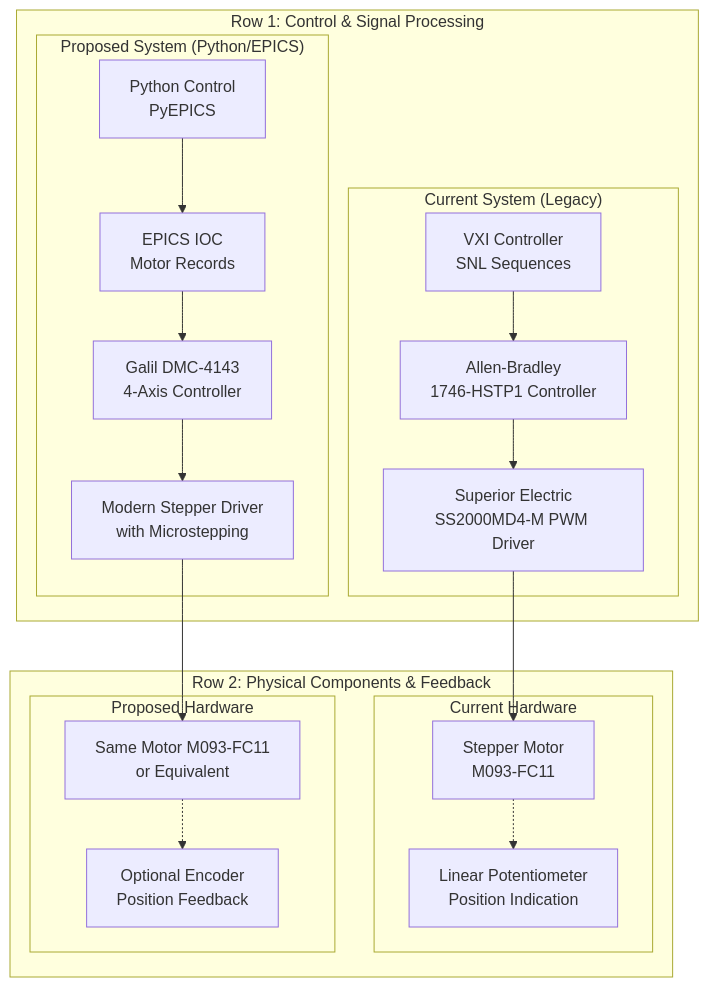
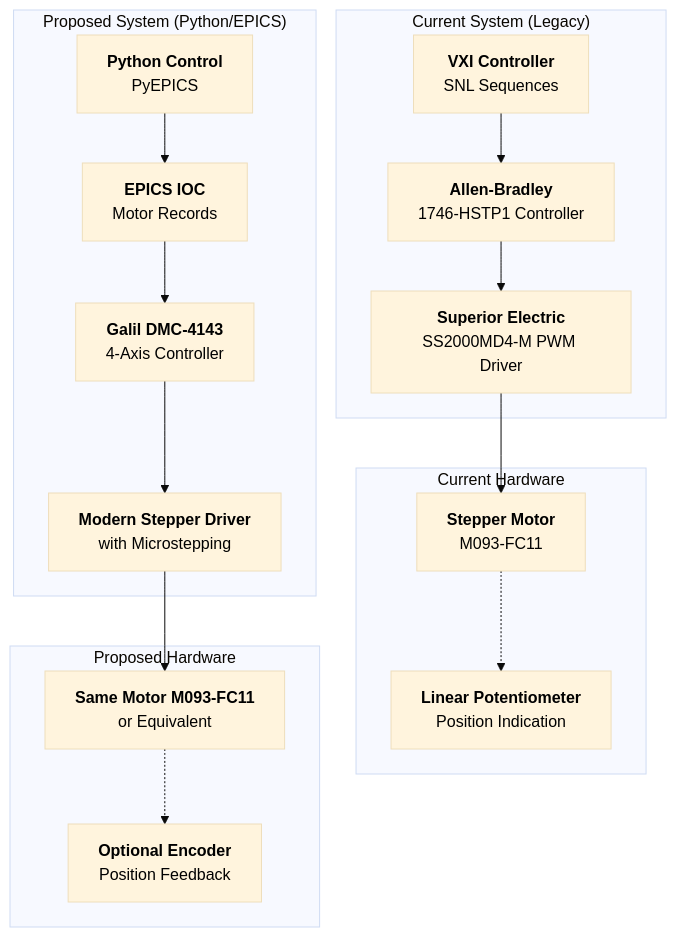
One commit to fayaw/spearlegacyLLRF changed the ninth of 18 diagrams in SPEAR3_LLRF_COMPREHENSIVE_ANALYSIS.md. Above: the diagram before and after it, drawn with Mermaid. The commit also changed other lines of this file, not shown here.

Commit message:
Enhance diagram readability: larger fonts, better formatting, fix title blocking
- Added 16px font sizing to all flowchart diagrams via Mermaid initialization
- Added 14px font sizing to sequence and Gantt diagrams for optimal readability
- Applied bold formatting to all component names using HTML <b> tags
- Added line breaks to separate technical specifications from component names
- Fixed Stepper Motor Control System diagram title blocking issue by removing nested row subgraphs
- Updated Commissioning Timeline to use duration-based months (Month 1-6) instead of absolute dates
- Established 6-month total commissioning duration as requested
- Maintained all technical connections and relationships while improving visual clarity

````diff
--- a/SPEAR3_LLRF_COMPREHENSIVE_ANALYSIS.md
+++ b/SPEAR3_LLRF_COMPREHENSIVE_ANALYSIS.md
@@ -435,42 +436,41 @@
 ```mermaid
+%%{init: {'theme':'base', 'themeVariables': {'fontSize': '16px', 'fontFamily': 'Arial', 'primaryTextColor': '#000000'}}}%%
 graph TB
- subgraph "Row 1: Control & Signal Processing"
-  subgraph "Current System (Legacy)"
-  VXI_Old[VXI Controller<br/>SNL Sequences]
-  AB_Controller[Allen-Bradley<br/>1746-HSTP1 Controller]
-  PWM_Driver[Superior Electric<br/>SS2000MD4-M PWM Driver]
-  end
-  
-  subgraph "Proposed System (Python/EPICS)"
-  Python_Control[Python Control<br/>PyEPICS]
-  EPICS_IOC[EPICS IOC<br/>Motor Records]
-  Galil[Galil DMC-4143<br/>4-Axis Controller]
-  Modern_Driver[Modern Stepper Driver<br/>with Microstepping]
-  end
+ %% Control & Signal Processing Layer
+ subgraph "Current System (Legacy)"
+ VXI_Old["<b>VXI Controller</b><br/>SNL Sequences"]
+ AB_Controller["<b>Allen-Bradley</b><br/>1746-HSTP1 Controller"]
+ PWM_Driver["<b>Superior Electric</b><br/>SS2000MD4-M PWM Driver"]
  end
  
- subgraph "Row 2: Physical Components & Feedback"
-  subgraph "Current Hardware"
-  Motor_Old[Stepper Motor<br/>M093-FC11]
-  Pot[Linear Potentiometer<br/>Position Indication]
-  end
-  
-  subgraph "Proposed Hardware"
-  Motor_New[Same Motor M093-FC11<br/>or Equivalent]
-  Encoder[Optional Encoder<br/>Position Feedback]
-  end
+ subgraph "Proposed System (Python/EPICS)"
+ Python_Control["<b>Python Control</b><br/>PyEPICS"]
+ EPICS_IOC["<b>EPICS IOC</b><br/>Motor Records"]
+ Galil["<b>Galil DMC-4143</b><br/>4-Axis Controller"]
+ Modern_Driver["<b>Modern Stepper Driver</b><br/>with Microstepping"]
+ end
+ 
+ %% Physical Components & Feedback Layer
+ subgraph "Current Hardware"
+ Motor_Old["<b>Stepper Motor</b><br/>M093-FC11"]
+ Pot["<b>Linear Potentiometer</b><br/>Position Indication"]
+ end
+ 
+ subgraph "Proposed Hardware"
+ Motor_New["<b>Same Motor M093-FC11</b><br/>or Equivalent"]
+ Encoder["<b>Optional Encoder</b><br/>Position Feedback"]
  end
  
  %% Current System Connections
  VXI_Old --> AB_Controller
  AB_Controller --> PWM_Driver
  PWM_Driver --> Motor_Old
  Motor_Old -.-> Pot
  
  %% Proposed System Connections
  Python_Control --> EPICS_IOC
  EPICS_IOC --> Galil
  Galil --> Modern_Driver
  Modern_Driver --> Motor_New
  Motor_New -.-> Encoder
 ```
````
